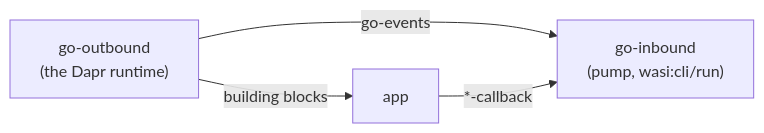
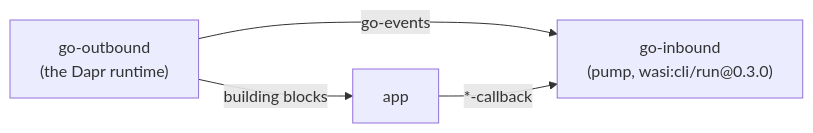
Before and after one commit to sideeffffect/dapr-wasm-components: the second of 2 diagrams in README.md, drawn with Mermaid. The commit also changed other lines of this file and 66 other files, not shown here.

First line of the commit message:
feat(go): run the go pair on the WASI 0.3 event loop (go@0.2.0)

````diff
--- a/README.md
+++ b/README.md
@@ -262,9 +262,9 @@
 ```mermaid
 flowchart LR
   GO["go-outbound<br/>(the Dapr runtime)"]
   APP["app"]
-  PUMP["go-inbound<br/>(pump, wasi:cli/run)"]
+  PUMP["go-inbound<br/>(pump, wasi:cli/run@0.3.0)"]
   GO -- "building blocks" --> APP
   GO -- "go-events" --> PUMP
   APP -- "*-callback" --> PUMP
 ```
````
